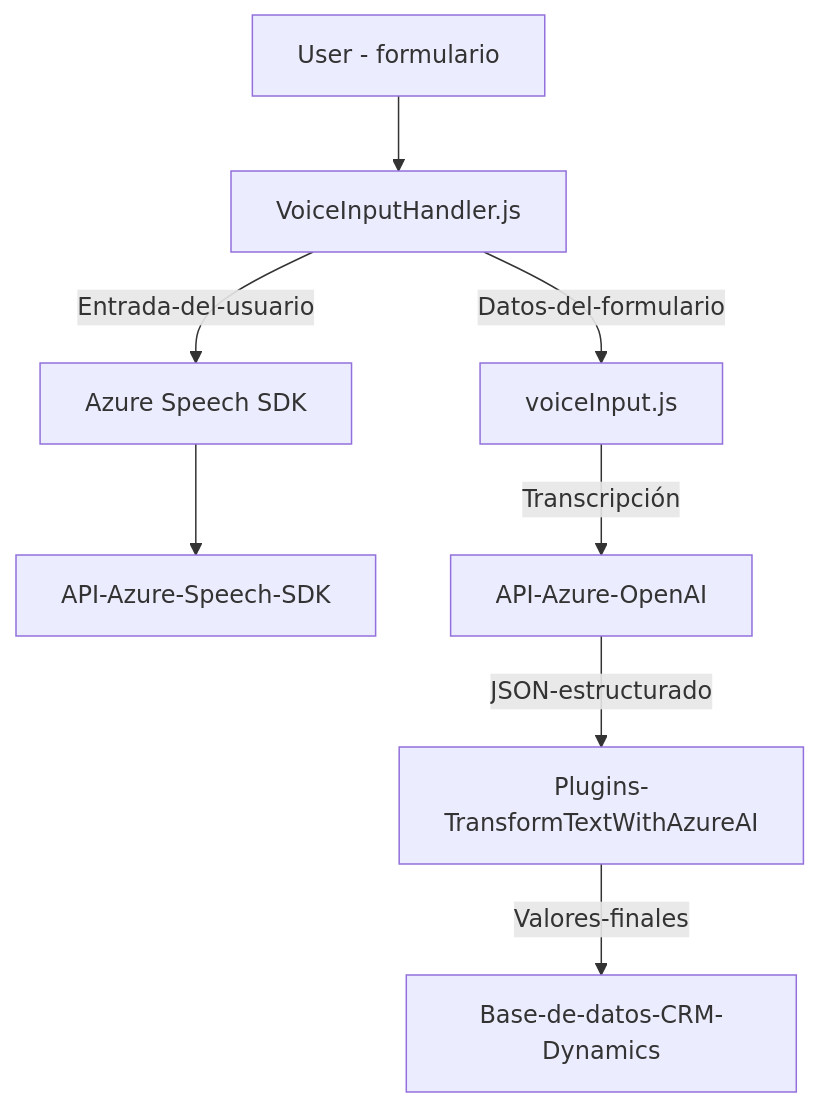
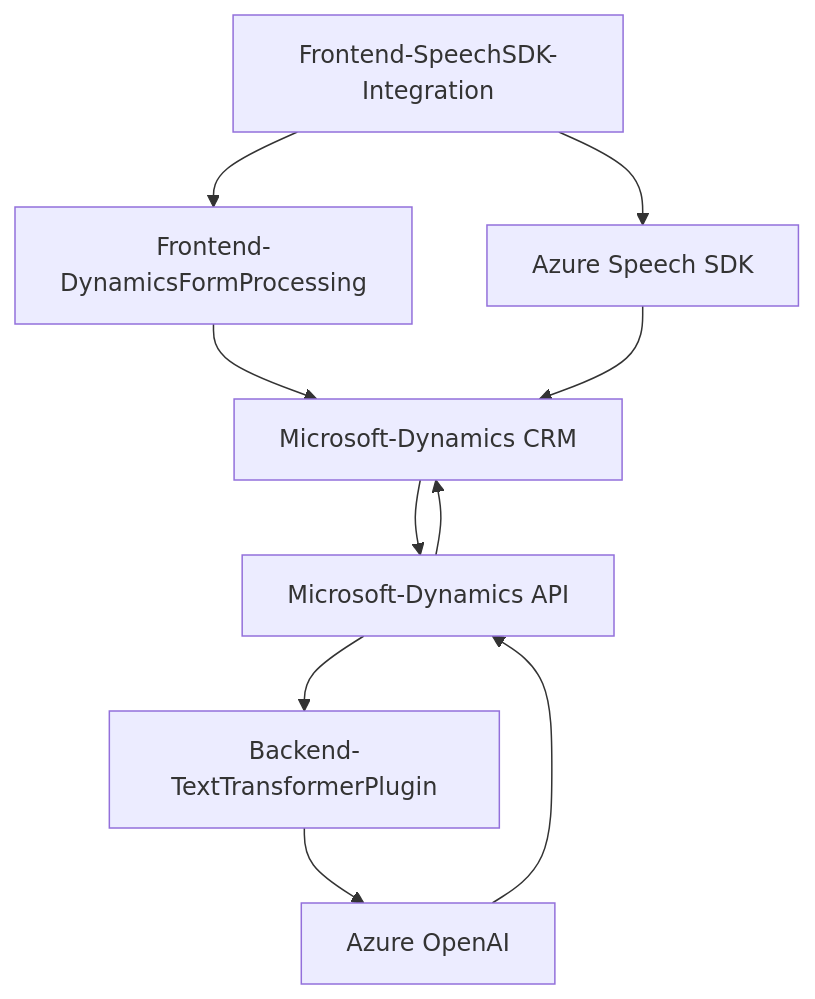
Before and after one commit to blopezdm/NETCORE_BILBAO2025: the diagram in README.md, drawn with Mermaid. The commit also changed other lines of this file, not shown here.

````diff
--- a/README.md
+++ b/README.md
@@ -51,10 +41,20 @@
 ```mermaid
 graph TD
-    A["User - formulario"] --> B["VoiceInputHandler.js"]
-    B -->|Entrada-del-usuario| C["Azure Speech SDK"]
-    B -->|Datos-del-formulario| D["voiceInput.js"]
-    C --> E["API-Azure-Speech-SDK"]
-    D -->|Transcripción| F["API-Azure-OpenAI"]
-    F --> |JSON-estructurado| G["Plugins-TransformTextWithAzureAI"]
-    G -->|Valores-finales| H["Base-de-datos-CRM-Dynamics"]
+    A["Frontend-SpeechSDK-Integration"]
+    B["Azure Speech SDK"]
+    C["Frontend-DynamicsFormProcessing"]
+    D["Microsoft-Dynamics CRM"]
+    E["Backend-TextTransformerPlugin"]
+    F["Azure OpenAI"]
+    G["Microsoft-Dynamics API"]
+    
+    A --> B
+    A --> C
+    C --> D
+    B --> D
+    D --> G
+    G --> E
+    E --> F
+    F --> G
+    G --> D
 ```
````
